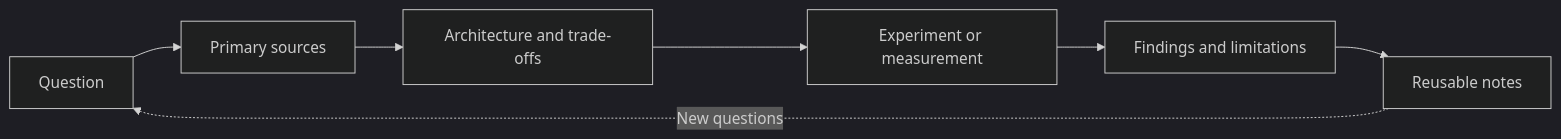
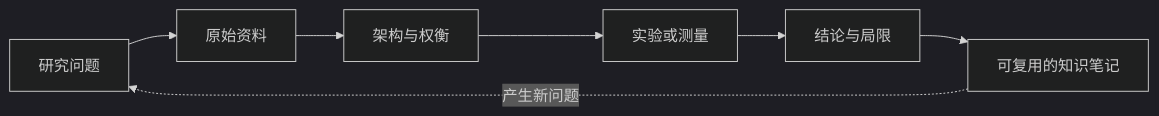
Before and after one commit to XiaoWeiKIN/Observability-Fieldnotes: the first of 3 diagrams in README.md, drawn with Mermaid (dark theme). The commit also changed other lines of this file, not shown here.

````diff
--- a/README.md
+++ b/README.md
@@ -11,9 +11,9 @@
 ```mermaid
 flowchart LR
-    A["Question"] --> B["Primary sources"]
-    B --> C["Architecture and trade-offs"]
-    C --> D["Experiment or measurement"]
-    D --> E["Findings and limitations"]
-    E --> F["Reusable notes"]
-    F -. "New questions" .-> A
+    A["研究问题"] --> B["原始资料"]
+    B --> C["架构与权衡"]
+    C --> D["实验或测量"]
+    D --> E["结论与局限"]
+    E --> F["可复用的知识笔记"]
+    F -. "产生新问题" .-> A
 ```
````
